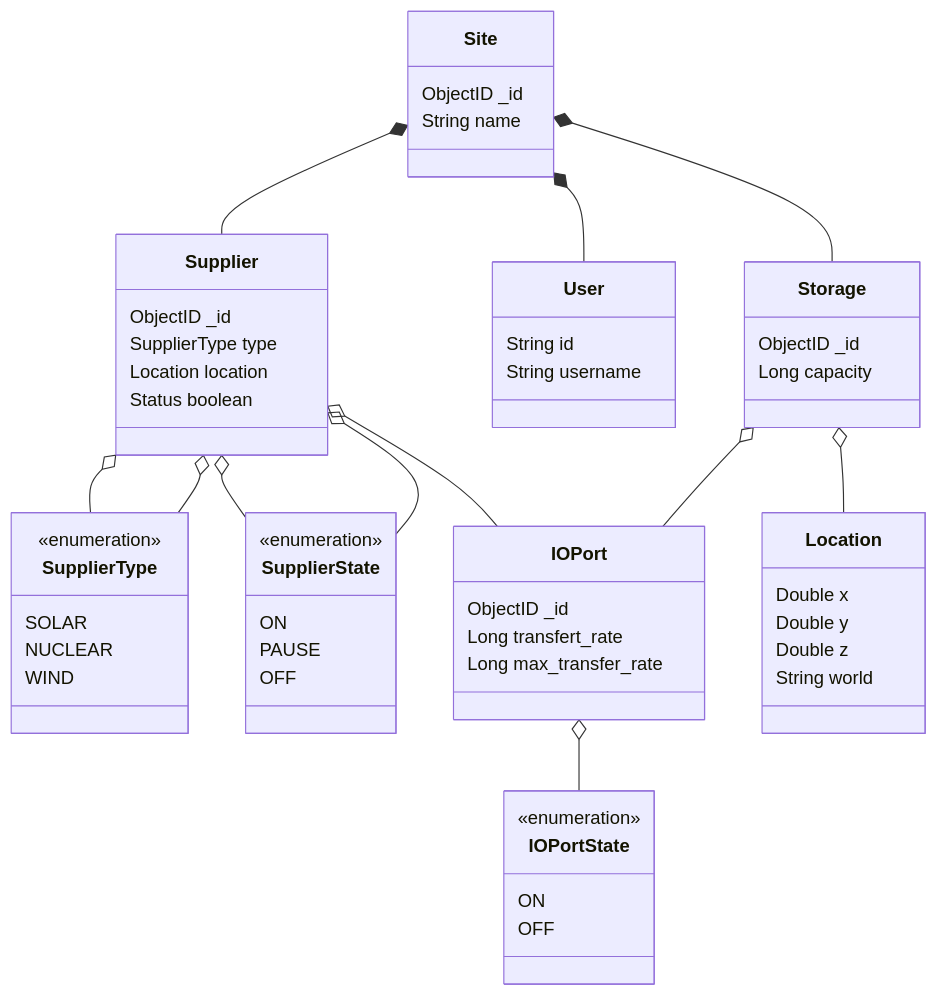
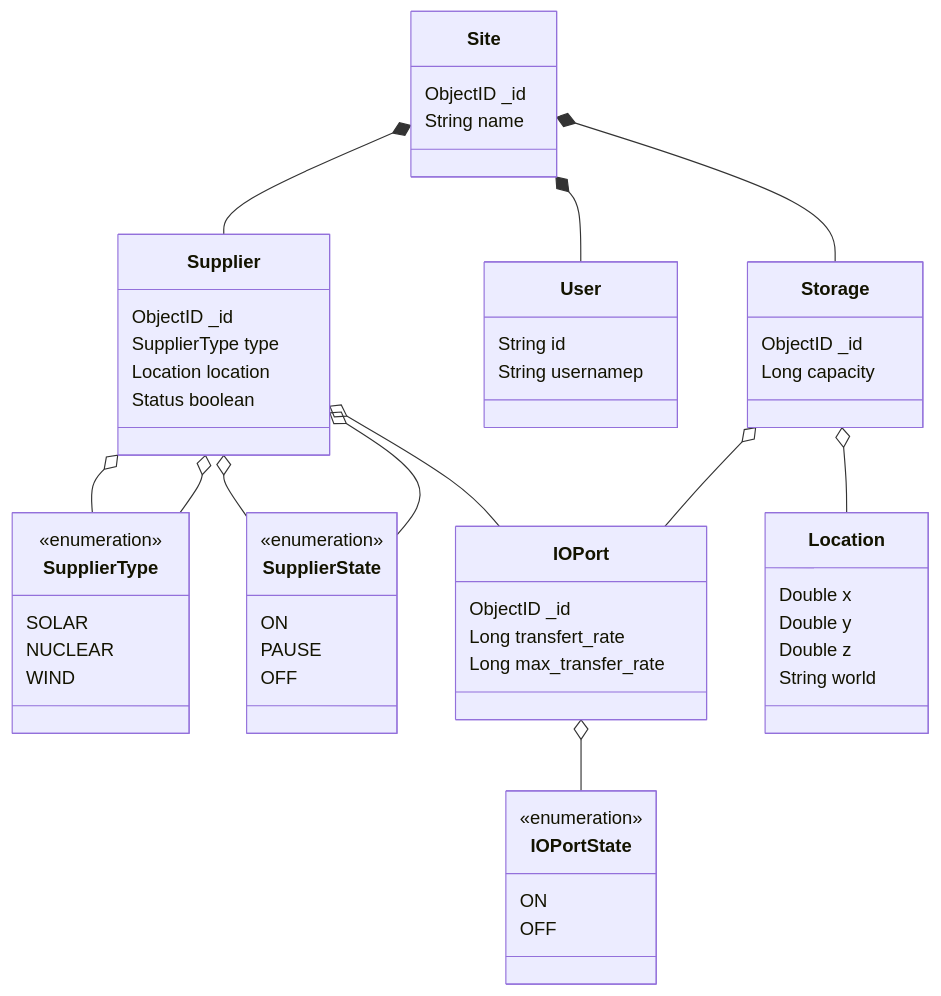
Before and after one commit to Olphaaa/cc-tweaked: the diagram in class-diagram.mmd, drawn with Mermaid. The commit also changed 1 other file, not shown here.

Commit message:
adding class diagram to the readme

```diff
--- a/class-diagram.mmd
+++ b/class-diagram.mmd
@@ -1,59 +1,59 @@
  classDiagram
     Supplier o-- SupplierType
     Supplier o-- SupplierState
     Site *-- User
     Site *-- Storage
     Site *-- Supplier
     Supplier o-- IOPort
     Supplier o-- SupplierState
     Supplier o-- SupplierType
     Storage o-- IOPort
     Storage o-- Location
     IOPort o-- IOPortState
       
     class Supplier {
           ObjectID _id
           SupplierType type
           Location location
           Status boolean
       }
     class User {
             String id
-            String username
+            String usernamep
       }
     class Location {
         Double x
         Double y
         Double z
         String world
     }
     class Site {
         ObjectID _id
         String name
     }
     class SupplierType {
         <<enumeration>>
         SOLAR
         NUCLEAR
         WIND
     }
     class SupplierState {
         <<enumeration>>
         ON
         PAUSE
         OFF
     }
     class IOPortState {
         <<enumeration>>
         ON
         OFF
     }
     class IOPort {
         ObjectID _id
         Long transfert_rate
         Long max_transfer_rate
     }
     class Storage {
         ObjectID _id
         Long capacity
     }
```
